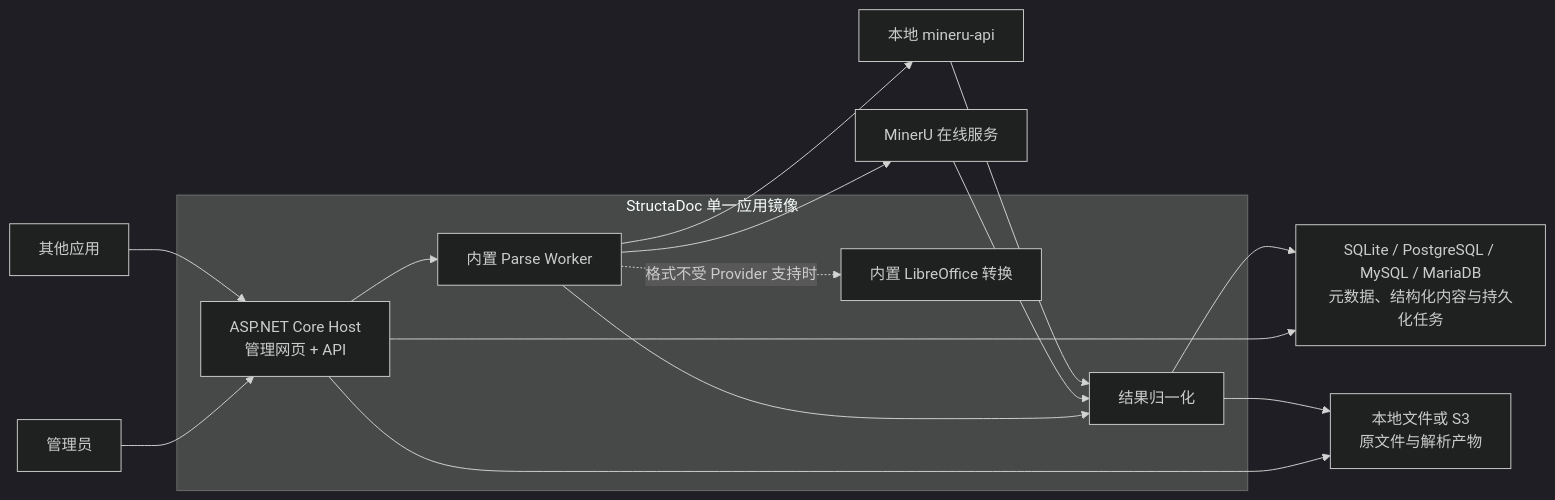
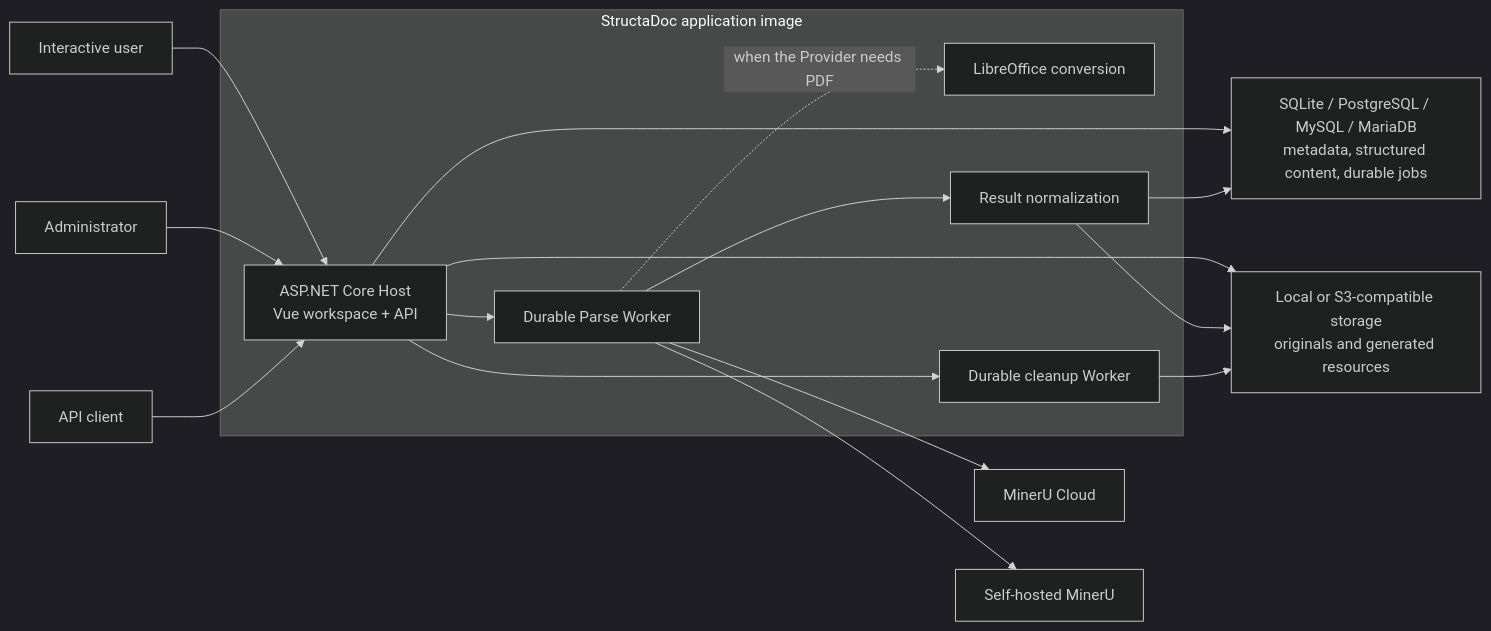
The diagram in README.md (philfanzhou/StructaDoc), drawn with Mermaid (dark theme) before and after one commit. The commit also changed other lines of this file and 25 other files, not shown here.

````diff
--- a/README.md
+++ b/README.md
@@ -152,25 +123,27 @@
 ```mermaid
 flowchart LR
-    Admin["管理员"] --> Host
-    Client["其他应用"] --> Host
+    User["Interactive user"] --> Host
+    Admin["Administrator"] --> Host
+    Client["API client"] --> Host
 
-    subgraph Image["StructaDoc 单一应用镜像"]
-        Host["ASP.NET Core Host\n管理网页 + API"]
-        Queue["内置 Parse Worker"]
-        Converter["内置 LibreOffice 转换"]
-        Normalizer["结果归一化"]
+    subgraph Image["StructaDoc application image"]
+        Host["ASP.NET Core Host\nVue workspace + API"]
+        Worker["Durable Parse Worker"]
+        Converter["LibreOffice conversion"]
+        Normalizer["Result normalization"]
+        Cleanup["Durable cleanup Worker"]
 
-        Host --> Queue
-        Queue -. "格式不受 Provider 支持时" .-> Converter
-        Queue --> Normalizer
+        Host --> Worker
+        Worker -. "when the Provider needs PDF" .-> Converter
+        Worker --> Normalizer
+        Host --> Cleanup
     end
 
-    Host --> Database["SQLite / PostgreSQL / MySQL / MariaDB\n元数据、结构化内容与持久化任务"]
-    Host --> Storage["本地文件或 S3\n原文件与解析产物"]
-    Queue --> Cloud["MinerU 在线服务"]
-    Queue --> Local["本地 mineru-api"]
-    Cloud --> Normalizer
-    Local --> Normalizer
+    Host --> Database["SQLite / PostgreSQL / MySQL / MariaDB\nmetadata, structured content, durable jobs"]
+    Host --> Storage["Local or S3-compatible storage\noriginals and generated resources"]
+    Worker --> Cloud["MinerU Cloud"]
+    Worker --> Local["Self-hosted MinerU"]
     Normalizer --> Database
     Normalizer --> Storage
+    Cleanup --> Storage
 ```
````
